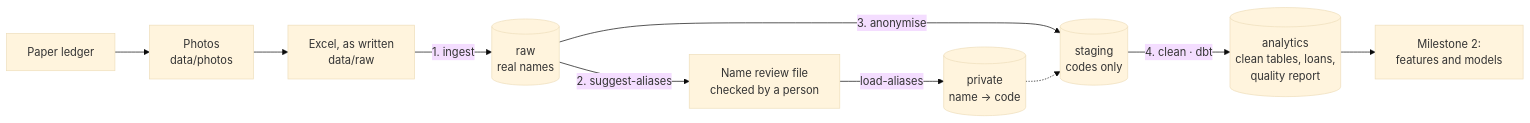
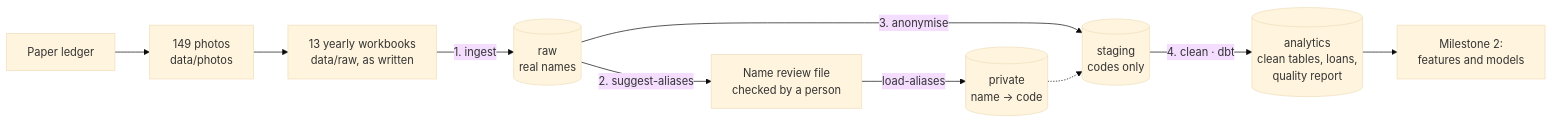
One commit to muriithi-alvin/chama-loan-default changed the diagram in docs/milestone_1_report.md. Above: the diagram before and after it, drawn with Mermaid (base theme). The commit also changed other lines of this file and 10 other files, not shown here.

````diff
--- a/docs/milestone_1_report.md
+++ b/docs/milestone_1_report.md
@@ -50,12 +147,12 @@
 ```mermaid
 flowchart LR
-    L[Paper ledger] --> P[Photos<br/>data/photos]
-    P --> X[Excel, as written<br/>data/raw]
+    L[Paper ledger] --> P[149 photos<br/>data/photos]
+    P --> X[13 yearly workbooks<br/>data/raw, as written]
     X -->|1. ingest| RAW[(raw<br/>real names)]
     RAW -->|2. suggest-aliases| REV[Name review file<br/>checked by a person]
     REV -->|load-aliases| PRIV[(private<br/>name → code)]
     RAW -->|3. anonymise| STG[(staging<br/>codes only)]
     PRIV -.-> STG
     STG -->|4. clean · dbt| AN[(analytics<br/>clean tables, loans,<br/>quality report)]
     AN --> M2[Milestone 2:<br/>features and models]
 ```
````
